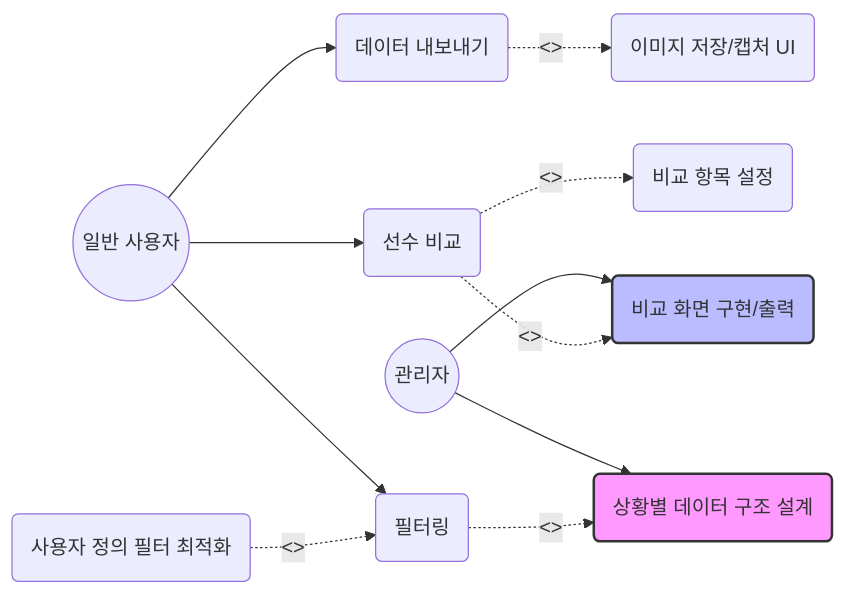
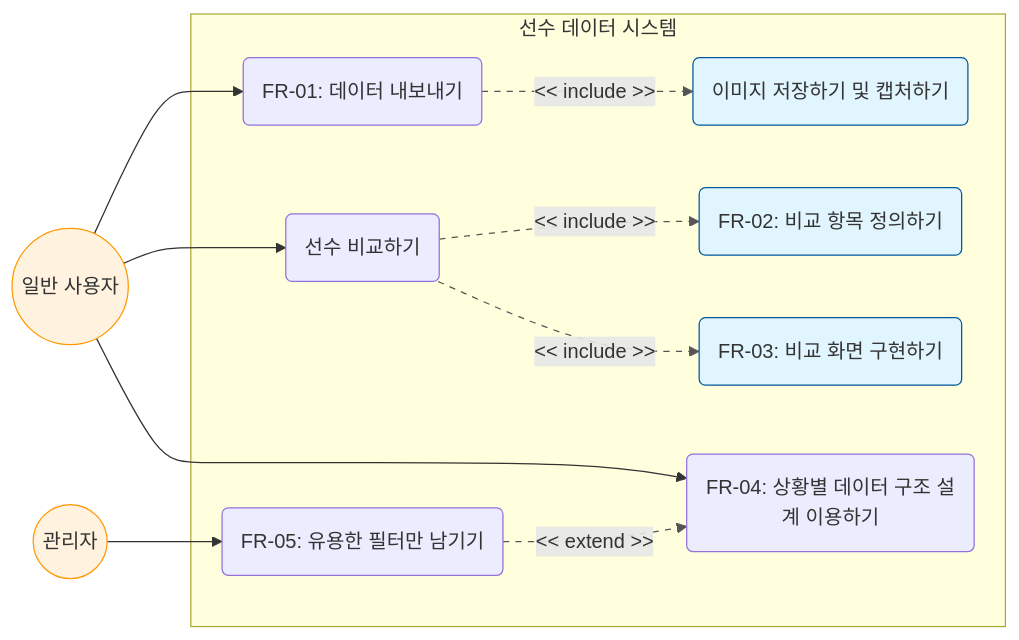
Before and after one commit to d26sohyun/sw-G-homerun-: the first of 2 diagrams in docs/유스케이스 다이어그램 초안 작성.md, drawn with Mermaid.

Commit message:
Update 유스케이스 다이어그램 초안 작성.md

````diff
--- a/docs/유스케이스 다이어그램 초안 작성.md
+++ b/docs/유스케이스 다이어그램 초안 작성.md
@@ -2,40 +2,41 @@
 ```mermaid
 graph LR
     %% Actors
     User((일반 사용자))
     Admin((관리자))
 
-    %% Usecases
-    UC1(데이터 내보내기)
-    UC1_1(이미지 저장/캡처 UI)
-    
-    UC2(선수 비교)
-    UC2_1(비교 항목 설정)
-    UC2_2(비교 화면 구현/출력)
-    
-    UC3(필터링)
-    UC3_1(상황별 데이터 구조 설계)
-    UC3_2(사용자 정의 필터 최적화)
+    subgraph "선수 데이터 시스템"
+        %% Use Cases (동사형으로 변경)
+        UC1(FR-01: 데이터 내보내기)
+        UC1_sub(이미지 저장하기 및 캡처하기)
+        
+        UC2(선수 비교하기)
+        UC2_sub1(FR-02: 비교 항목 정의하기)
+        UC2_sub2(FR-03: 비교 화면 구현하기)
+        
+        UC3(FR-04: 상황별 데이터 구조 설계 이용하기)
+        UC3_sub(FR-05: 유용한 필터만 남기기)
+    end
 
-    %% Relationships: User
+    %% Relationships: Actor to UC
     User --> UC1
     User --> UC2
     User --> UC3
+    Admin --> UC3_sub
 
-    %% Relationships: Admin (System Management)
-    Admin --> UC3_1
-    Admin --> UC2_2
+    %% Include Relationships (Base -> Inclusion)
+    UC1 -.->|"<< include >>"| UC1_sub
+    UC2 -.->|"<< include >>"| UC2_sub1
+    UC2 -.->|"<< include >>"| UC2_sub2
 
-    %% Include/Extend logic
-    UC1 -.->|"<<include>>"| UC1_1
-    
-    UC2 -.->|"<<include>>"| UC2_1
-    UC2 -.->|"<<include>>"| UC2_2
-    
-    UC3 -.->|"<<include>>"| UC3_1
-    UC3_2 -.->|"<<extend>>"| UC3
+    %% Extend Relationships (Extension -> Base)
+    UC3_sub -.->|"<< extend >>"| UC3
 
     %% Styling
-    style UC3_1 fill:#f9f,stroke:#333,stroke-width:2px
-    style UC2_2 fill:#bbf,stroke:#333,stroke-width:2px
+    style User fill:#fff3e0,stroke:#ff9800
+    style Admin fill:#fff3e0,stroke:#ff9800
+    style UC1_sub fill:#e1f5fe,stroke:#01579b
+    style UC2_sub1 fill:#e1f5fe,stroke:#01579b
+    style UC2_sub2 fill:#e1f5fe,stroke:#01579b
+    linkStyle 4,5,6,7 stroke:#555,stroke-dasharray: 5
 ```
````
